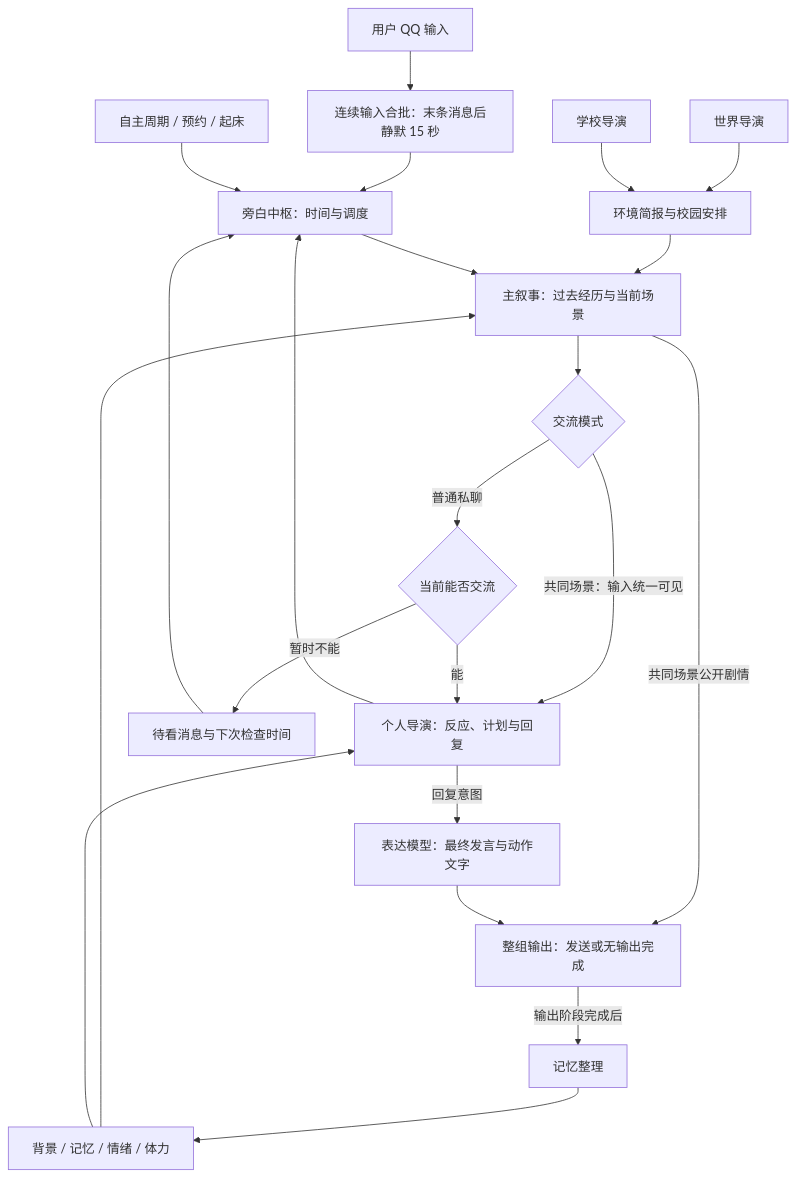
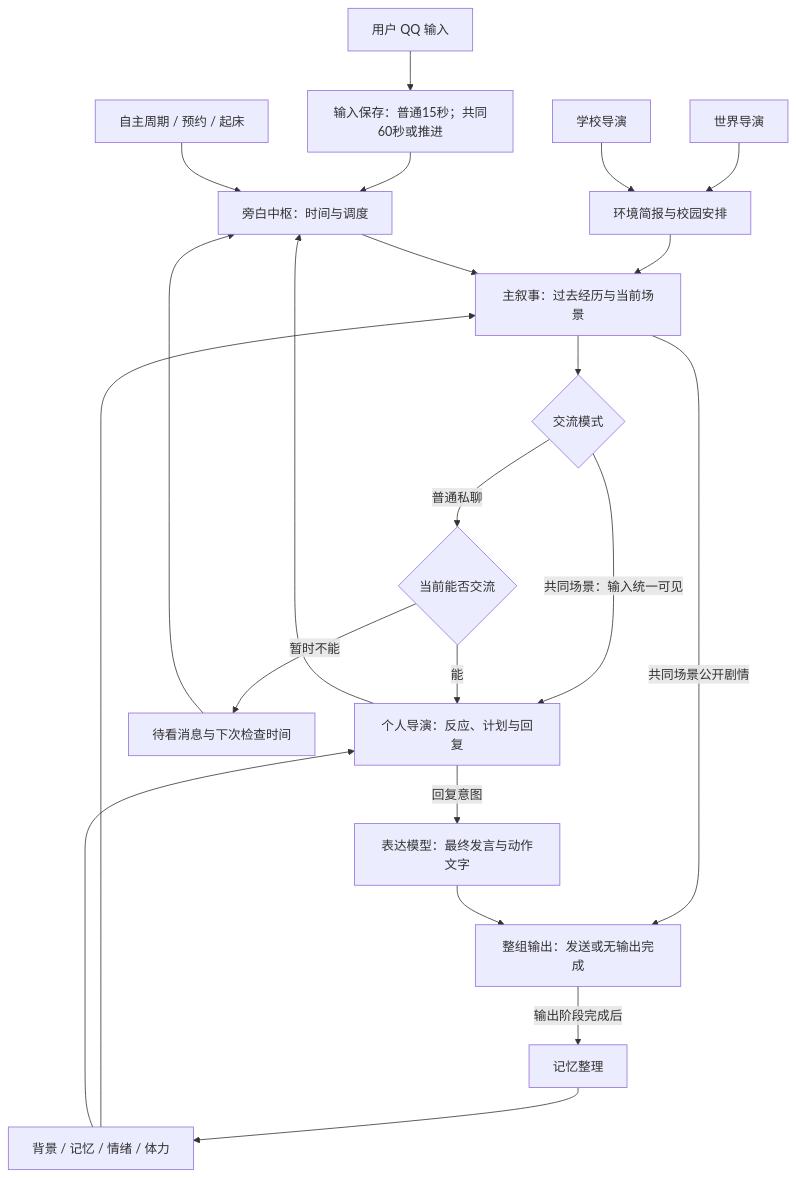
Before and after one commit to ByyesZhao/HDS1v1-REMAKE: the diagram in REMAKE_V0.2.md, drawn with Mermaid. The commit also changed other lines of this file and 13 other files, not shown here.

````diff
--- a/REMAKE_V0.2.md
+++ b/REMAKE_V0.2.md
@@ -85,24 +88,24 @@
 ```mermaid
 flowchart TD
-    QQ[用户 QQ 输入] --> Buffer[连续输入合批：末条消息后静默 15 秒]
+    QQ[用户 QQ 输入] --> Buffer[输入保存：普通15秒；共同60秒或推进]
     Buffer --> Host[旁白中枢：时间与调度]
     Clock[自主周期 / 预约 / 起床] --> Host
     World[世界导演] --> Env[环境简报与校园安排]
     School[学校导演] --> Env
     Env --> Narrator[主叙事：过去经历与当前场景]
     Host --> Narrator
     Narrator --> ModeGate{交流模式}
     ModeGate -->|普通私聊| Gate{当前能否交流}
     ModeGate -->|共同场景：输入统一可见| Person
     Gate -->|能| Person[个人导演：反应、计划与回复]
     Gate -->|暂时不能| Pending[待看消息与下次检查时间]
     Pending --> Host
     Memory[背景 / 记忆 / 情绪 / 体力] --> Narrator
     Memory --> Person
     Person --> Host
     Narrator -->|共同场景公开剧情| Output[整组输出：发送或无输出完成]
     Person -->|回复意图| Expression[表达模型：最终发言与动作文字]
     Expression --> Output
     Output -->|输出阶段完成后| Organize[记忆整理]
     Organize --> Memory
 ```
````
